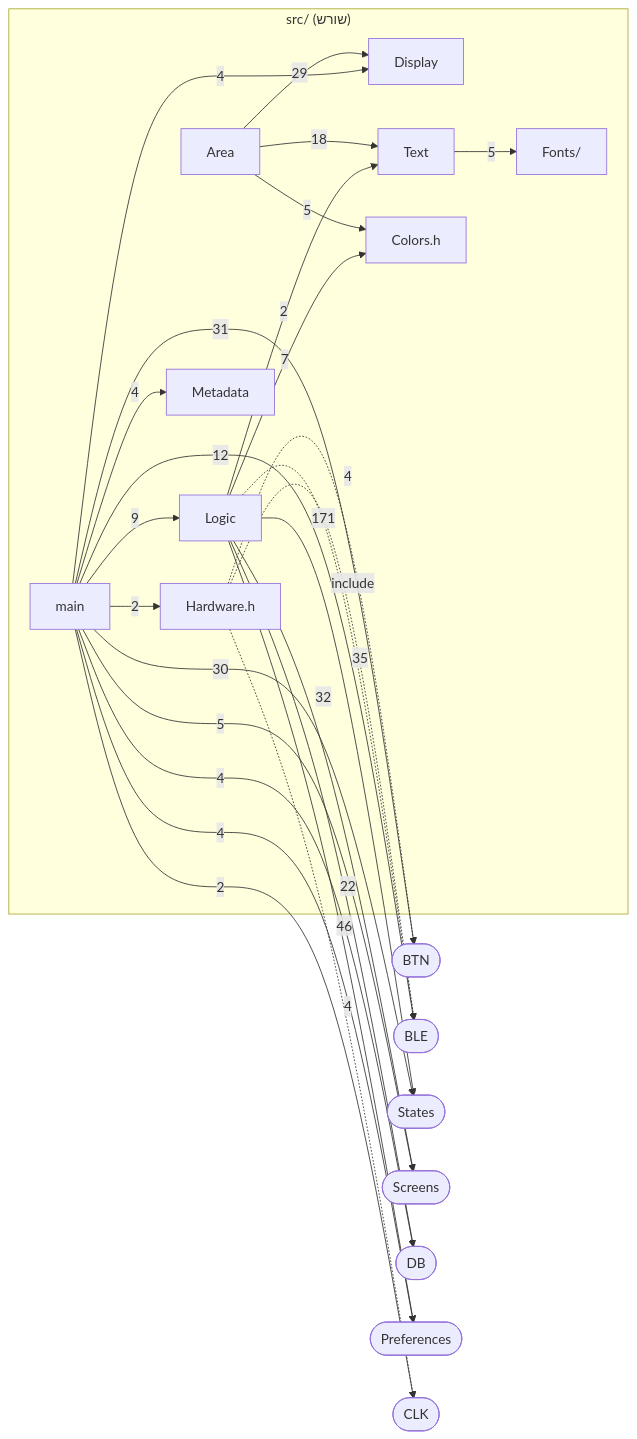
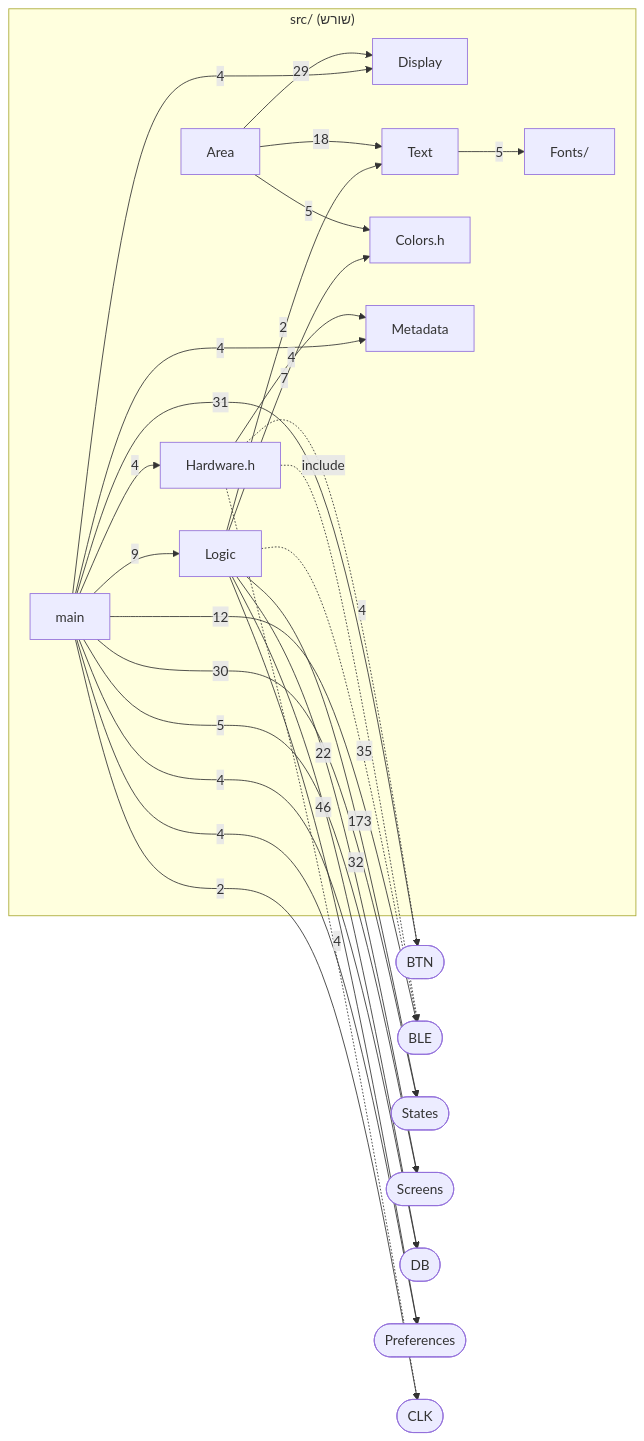
One commit to yeudap/ledhaarets-fw changed the second of 9 diagrams in docs/architecture/dependencies.md. Above: the diagram before and after it, drawn with Mermaid. The commit also changed other lines of this file and 2 other files, not shown here.

````diff
--- a/docs/architecture/dependencies.md
+++ b/docs/architecture/dependencies.md
@@ -575,48 +655,49 @@
 ```mermaid
 flowchart LR
   subgraph ROOT["src/ (שורש)"]
     MAIN["main"]
     LOGIC["Logic"]
     HWH["Hardware.h"]
     DISPLAY["Display"]
     AREA["Area"]
     TEXT["Text"]
     COLORS["Colors.h"]
     FONTS["Fonts/"]
     META["Metadata"]
   end
   XBTN(["BTN"])
   XBLE(["BLE"])
   XSTATES(["States"])
   XSCREENS(["Screens"])
   XDB(["DB"])
   XPREFS(["Preferences"])
   XCLK(["CLK"])
 
   MAIN -->|9| LOGIC
   MAIN -->|4| DISPLAY
   MAIN -->|4| META
-  MAIN -->|2| HWH
+  MAIN -->|4| HWH
+  HWH -->|4| META
   LOGIC -->|7| COLORS
   LOGIC -->|2| TEXT
   AREA -->|29| DISPLAY
   AREA -->|18| TEXT
   AREA -->|5| COLORS
   TEXT -->|5| FONTS
 
   MAIN -->|31| XBTN
   MAIN -->|30| XSTATES
   MAIN -->|12| XBLE
   MAIN -->|5| XSCREENS
   MAIN -->|4| XDB
   MAIN -->|4| XPREFS
   MAIN -->|2| XCLK
-  LOGIC -->|171| XSTATES
+  LOGIC -->|173| XSTATES
   LOGIC -->|46| XPREFS
   LOGIC -.->|35| XBLE
   LOGIC -->|32| XSCREENS
   LOGIC -->|22| XDB
   HWH -.->|4| XBTN
   HWH -.->|4| XCLK
   HWH -.->|include| XBLE
 ```
````
